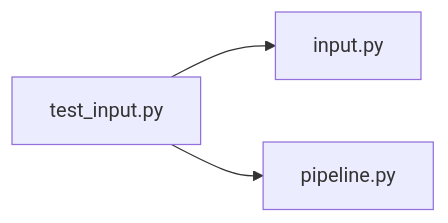
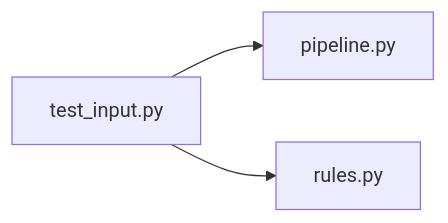
One commit to minkong-dev/Banblit changed the diagram in .cluedoc/graph/backend/tests/unit/test_input.md. Above: the diagram before and after it, drawn with Mermaid. The commit also changed other lines of this file and 75 other files, not shown here.

````diff
--- a/.cluedoc/graph/backend/tests/unit/test_input.md
+++ b/.cluedoc/graph/backend/tests/unit/test_input.md
@@ -10,6 +10,6 @@
 ```mermaid
 flowchart LR
   backend_tests_unit_test_input["test_input.py"]
-  backend_tests_unit_test_input --> backend_src_backend_services_validation_input["input.py"]
   backend_tests_unit_test_input --> backend_src_backend_services_validation_pipeline["pipeline.py"]
+  backend_tests_unit_test_input --> backend_src_backend_services_validation_rules["rules.py"]
 ```
````
